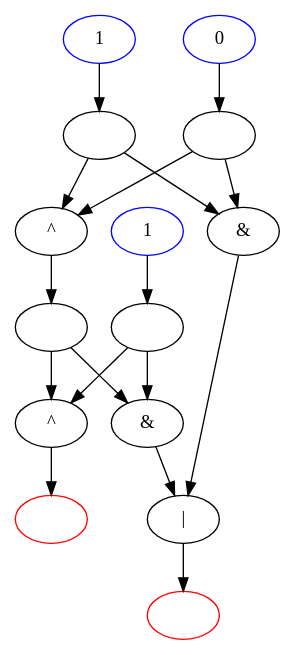
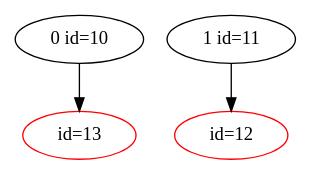
Before and after one commit to Martin-Masson/projet-graphs-python: the diagram in digraph.dot, drawn with Graphviz. The commit also changed 3 other files, not shown here.

```diff
--- a/digraph.dot
+++ b/digraph.dot
@@ -1,37 +1,10 @@
 digraph G {
-    v9 [color=blue];
-    v9 [label="1"];
-    v9 -> v0;
-    v10 [color=blue];
-    v10 [label="0"];
-    v10 -> v1;
-    v11 [color=blue];
-    v11 [label="1"];
-    v11 -> v4;
-    v0 [label=""];
-    v0 -> v2;
-    v0 -> v5;
-    v1 [label=""];
-    v1 -> v2;
-    v1 -> v5;
-    v2 [label="^"];
-    v2 -> v3;
-    v3 [label=""];
-    v3 -> v6;
-    v3 -> v7;
-    v4 [label=""];
-    v4 -> v6;
-    v4 -> v7;
-    v5 [label="&"];
-    v5 -> v8;
-    v6 [label="&"];
-    v6 -> v8;
-    v7 [label="^"];
-    v7 -> v13;
-    v8 [label="|"];
-    v8 -> v12;
+    v10 [label="0 id=10"];
+    v10 -> v13;
+    v11 [label="1 id=11"];
+    v11 -> v12;
     v12 [color=red];
-    v12 [label=""];
+    v12 [label=" id=12"];
     v13 [color=red];
-    v13 [label=""];
+    v13 [label=" id=13"];
 }
```
